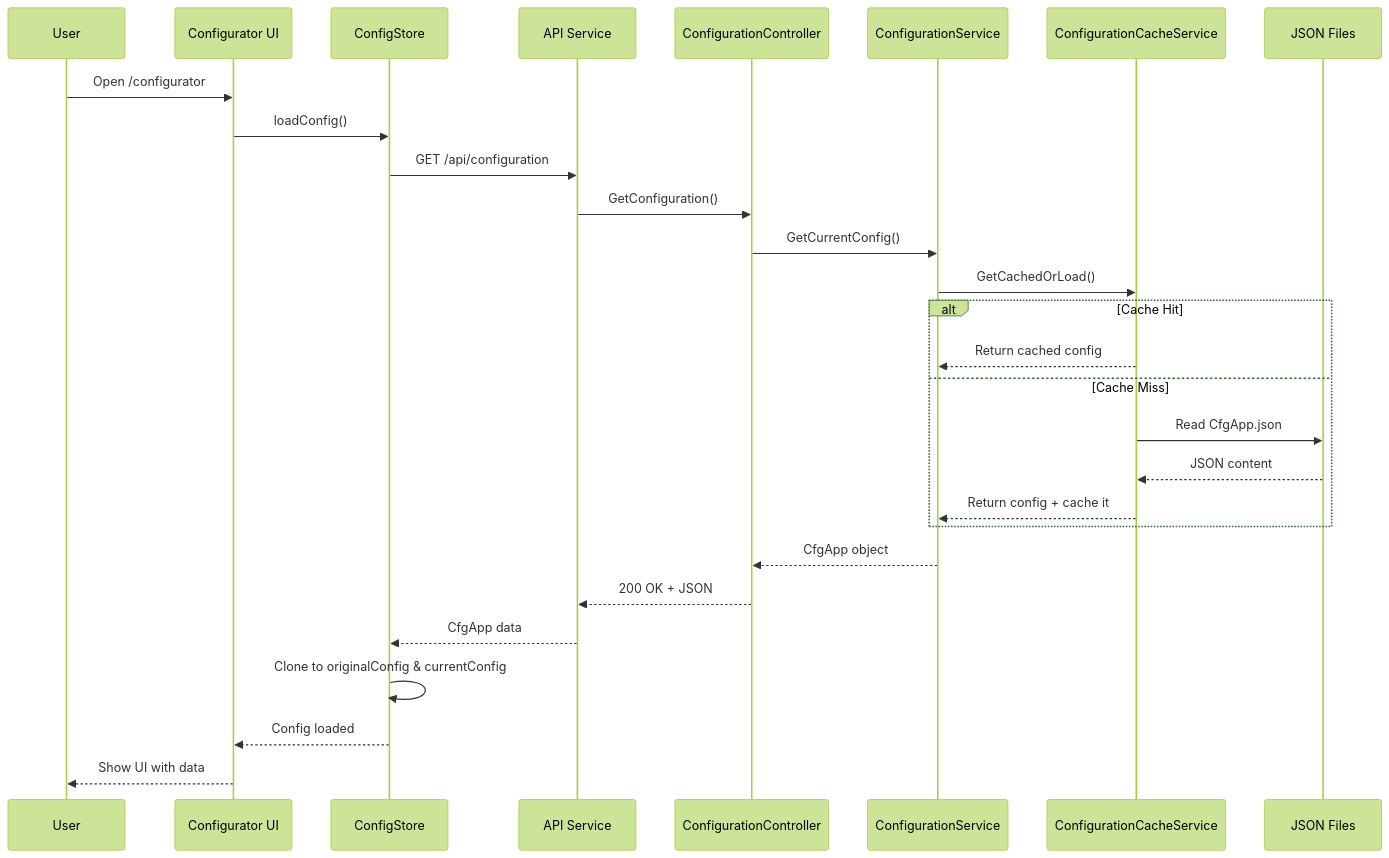
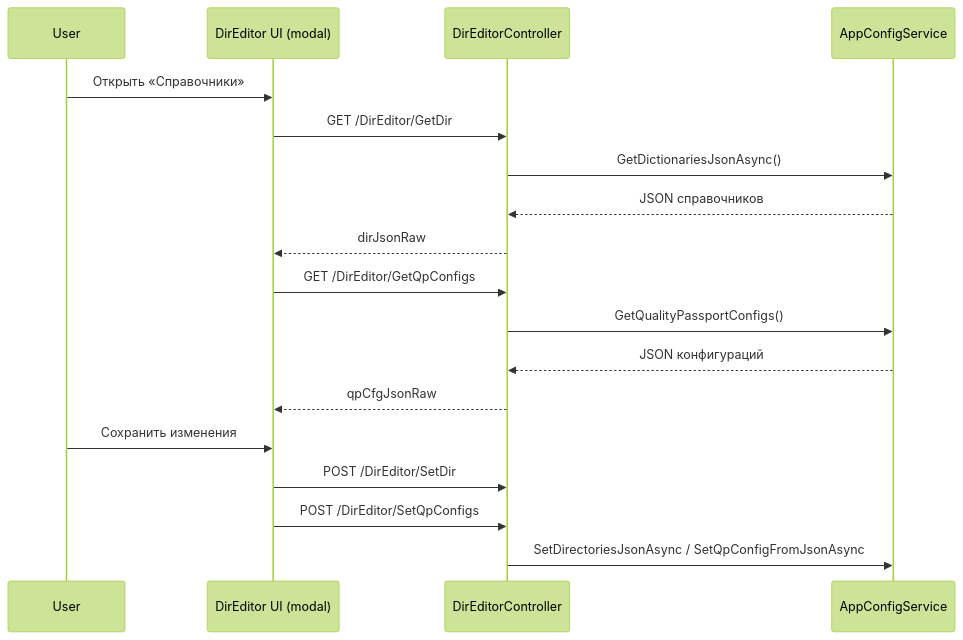
One commit to tn-ivk/tn-doc changed the diagram in docs/architecture/configurator.md. Above: the diagram before and after it, drawn with Mermaid (forest theme). The commit also changed other lines of this file and 18 other files, not shown here.

````diff
--- a/docs/architecture/configurator.md
+++ b/docs/architecture/configurator.md
@@ -198,33 +19,23 @@
 ```mermaid
 sequenceDiagram
     participant User
-    participant Vue as Configurator UI
-    participant Store as ConfigStore
-    participant API as API Service
-    participant Controller as ConfigurationController
-    participant Service as ConfigurationService
-    participant Cache as ConfigurationCacheService
-    participant Files as JSON Files
+    participant UI as DirEditor UI (modal)
+    participant API as DirEditorController
+    participant Cfg as AppConfigService
 
-    User->>Vue: Open /configurator
-    Vue->>Store: loadConfig()
-    Store->>API: GET /api/configuration
-    API->>Controller: GetConfiguration()
-    Controller->>Service: GetCurrentConfig()
-    Service->>Cache: GetCachedOrLoad()
+    User->>UI: Открыть «Справочники»
+    UI->>API: GET /DirEditor/GetDir
+    API->>Cfg: GetDictionariesJsonAsync()
+    Cfg-->>API: JSON справочников
+    API-->>UI: dirJsonRaw
 
-    alt Cache Hit
-        Cache-->>Service: Return cached config
-    else Cache Miss
-        Cache->>Files: Read CfgApp.json
-        Files-->>Cache: JSON content
-        Cache-->>Service: Return config + cache it
-    end
+    UI->>API: GET /DirEditor/GetQpConfigs
+    API->>Cfg: GetQualityPassportConfigs()
+    Cfg-->>API: JSON конфигураций
+    API-->>UI: qpCfgJsonRaw
 
-    Service-->>Controller: CfgApp object
-    Controller-->>API: 200 OK + JSON
-    API-->>Store: CfgApp data
-    Store->>Store: Clone to originalConfig & currentConfig
-    Store-->>Vue: Config loaded
-    Vue-->>User: Show UI with data
+    User->>UI: Сохранить изменения
+    UI->>API: POST /DirEditor/SetDir
+    UI->>API: POST /DirEditor/SetQpConfigs
+    API->>Cfg: SetDirectoriesJsonAsync / SetQpConfigFromJsonAsync
 ```
````
